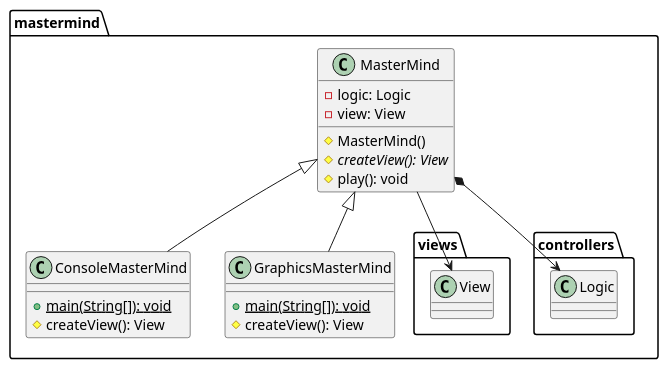
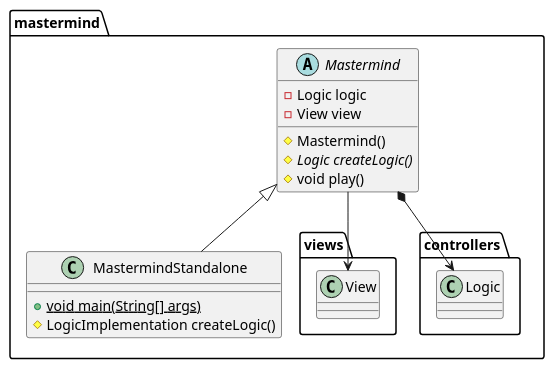
One commit to jprieto92/mastermindClientServer changed the diagram in docs/sources/paqueteMastermind.iuml. Above: the diagram before and after it, drawn with PlantUML. The commit also changed 13 other files, not shown here.

Commit message:
Add some standalone UML diagrams

```diff
--- a/docs/sources/paqueteMastermind.iuml
+++ b/docs/sources/paqueteMastermind.iuml
@@ -1,23 +1,18 @@
 @startuml
-class  mastermind.ConsoleMasterMind{
-+ {static} main(String[]): void
-# createView(): View
+abstract class mastermind.Mastermind{
+	-Logic logic
+	-View view
+	#Mastermind()
+	#{abstract}Logic createLogic()
+	#void play()
 }
-mastermind.MasterMind <|-down- mastermind.ConsoleMasterMind
+mastermind.Mastermind <|-- mastermind.MastermindStandalone
+mastermind.Mastermind --> mastermind.views.View
+mastermind.Mastermind *-down-> mastermind.controllers.Logic
 
-class  mastermind.GraphicsMasterMind{
-+ {static} main(String[]): void
-# createView(): View
+class mastermind.MastermindStandalone{
+	+{static}void main(String[] args)
+	#LogicImplementation createLogic()
 }
-mastermind.MasterMind <|-down- mastermind.GraphicsMasterMind
 
-class  mastermind.MasterMind{
-- logic: Logic
-- view: View
-# MasterMind()
-# {abstract} createView(): View
-# play(): void
-}
-mastermind.MasterMind --> mastermind.views.View
-mastermind.MasterMind *-down-> mastermind.controllers.Logic
 @enduml
```
